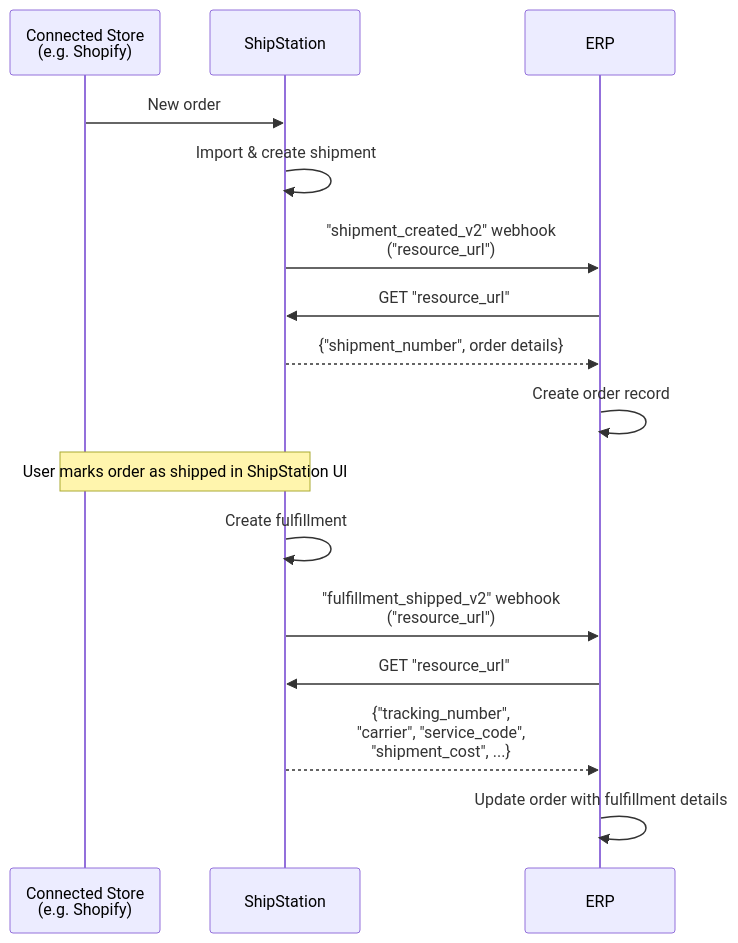
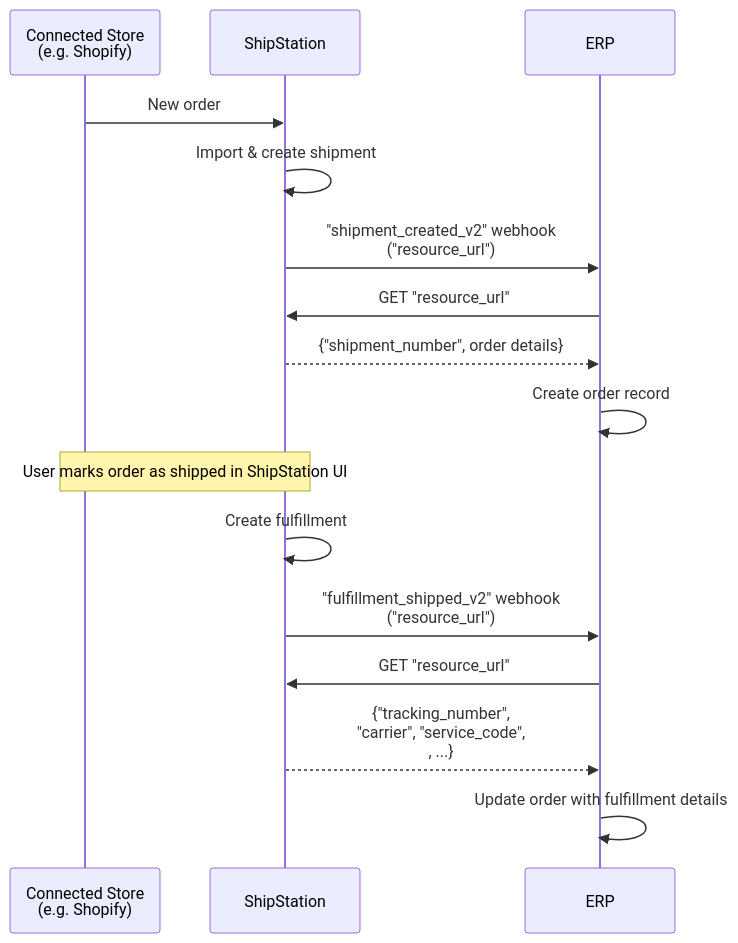
The diagram in patterns/erp-sync-mark-as-shipped.md (pmcgee-personal/shipstation-integration-toolkit), drawn with Mermaid before and after one commit. The commit also changed other lines of this file, not shown here.

Commit message:
update: erp-sync formatting

````diff
--- a/patterns/erp-sync-mark-as-shipped.md
+++ b/patterns/erp-sync-mark-as-shipped.md
@@ -9,22 +9,22 @@
 ```mermaid
 sequenceDiagram
     participant Store as Connected Store<br/>(e.g. Shopify)
     participant SS as ShipStation
     participant ERP as ERP
 
     Store->>SS: New order
     SS->>SS: Import & create shipment
 
     SS->>ERP: "shipment_created_v2" webhook<br/>("resource_url")
     ERP->>SS: GET "resource_url"
     SS-->>ERP: {"shipment_number", order details}
     ERP->>ERP: Create order record
 
     Note over SS,Store: User marks order as shipped in ShipStation UI
     SS->>SS: Create fulfillment
     SS->>ERP: "fulfillment_shipped_v2" webhook<br/>("resource_url")
 
     ERP->>SS: GET "resource_url"
-    SS-->>ERP: {"tracking_number",<br/>"carrier", "service_code",<br/>"shipment_cost", ...}
+    SS-->>ERP: {"tracking_number",<br/>"carrier", "service_code",<br/>, ...}
     ERP->>ERP: Update order with fulfillment details
 ```
````
